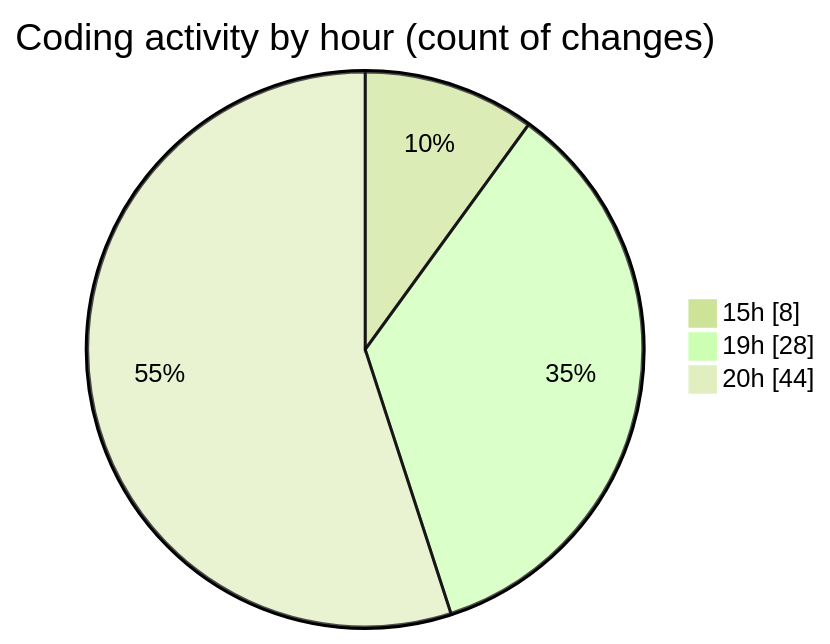
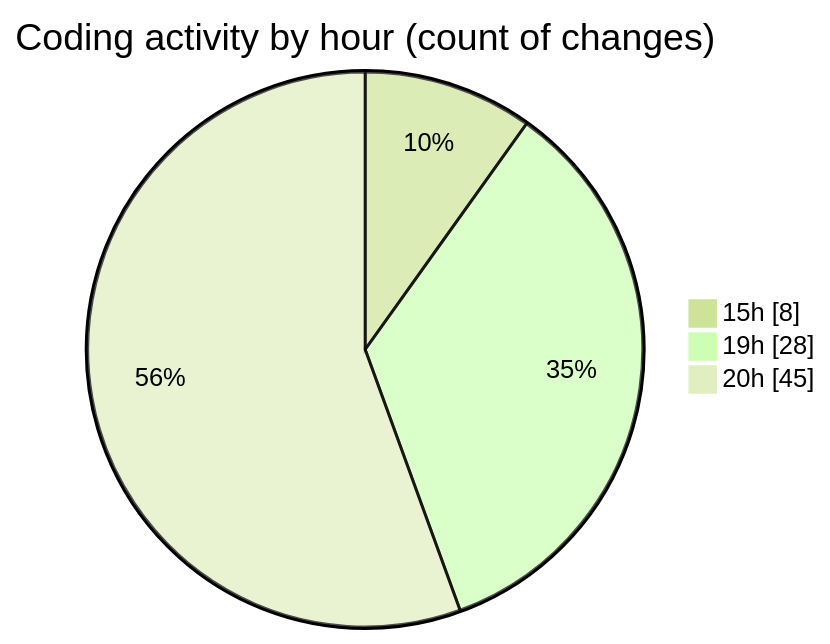
The second of 2 diagrams in 2025-01-26/search/README.md (Ritupan-Deka/code-tracking), drawn with Mermaid (forest theme) before and after one commit. The commit also changed other lines of this file and 1 other file, not shown here.

````diff
--- a/2025-01-26/search/README.md
+++ b/2025-01-26/search/README.md
@@ -31,7 +31,7 @@
 ```mermaid
 pie showData
 title Coding activity by hour (count of changes)
 "15h" : 8
 "19h" : 28
-"20h" : 44
+"20h" : 45
 ```
````
